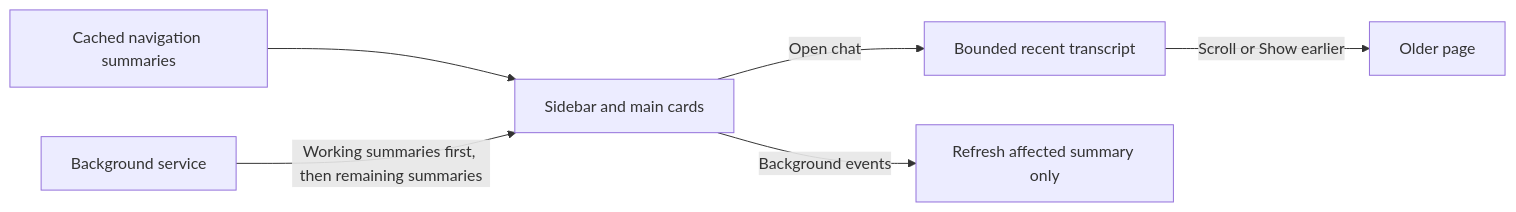
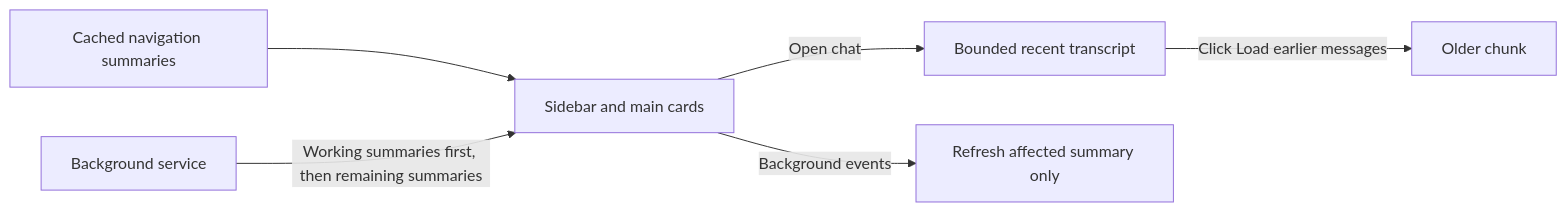
Before and after one commit to shelbyklein/chatterbox: the diagram in instructions/lazy-session-loading.md, drawn with Mermaid. The commit also changed other lines of this file and 5 other files, not shown here.

````diff
--- a/instructions/lazy-session-loading.md
+++ b/instructions/lazy-session-loading.md
@@ -11,8 +11,8 @@
 ```mermaid
 flowchart LR
   Cache[Cached navigation summaries] --> UI[Sidebar and main cards]
   Service[Background service] -->|Working summaries first, then remaining summaries| UI
   UI -->|Open chat| Recent[Bounded recent transcript]
-  Recent -->|Scroll or Show earlier| Page[Older page]
+  Recent -->|Click Load earlier messages| Page[Older chunk]
   UI -->|Background events| Summary[Refresh affected summary only]
 ```
````
